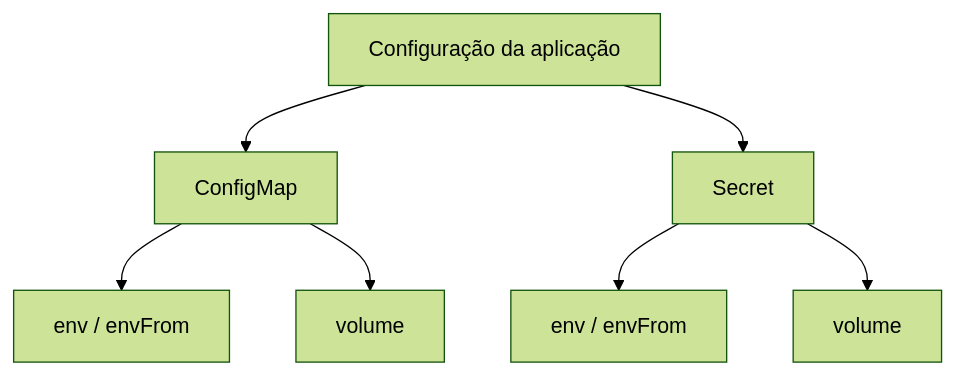
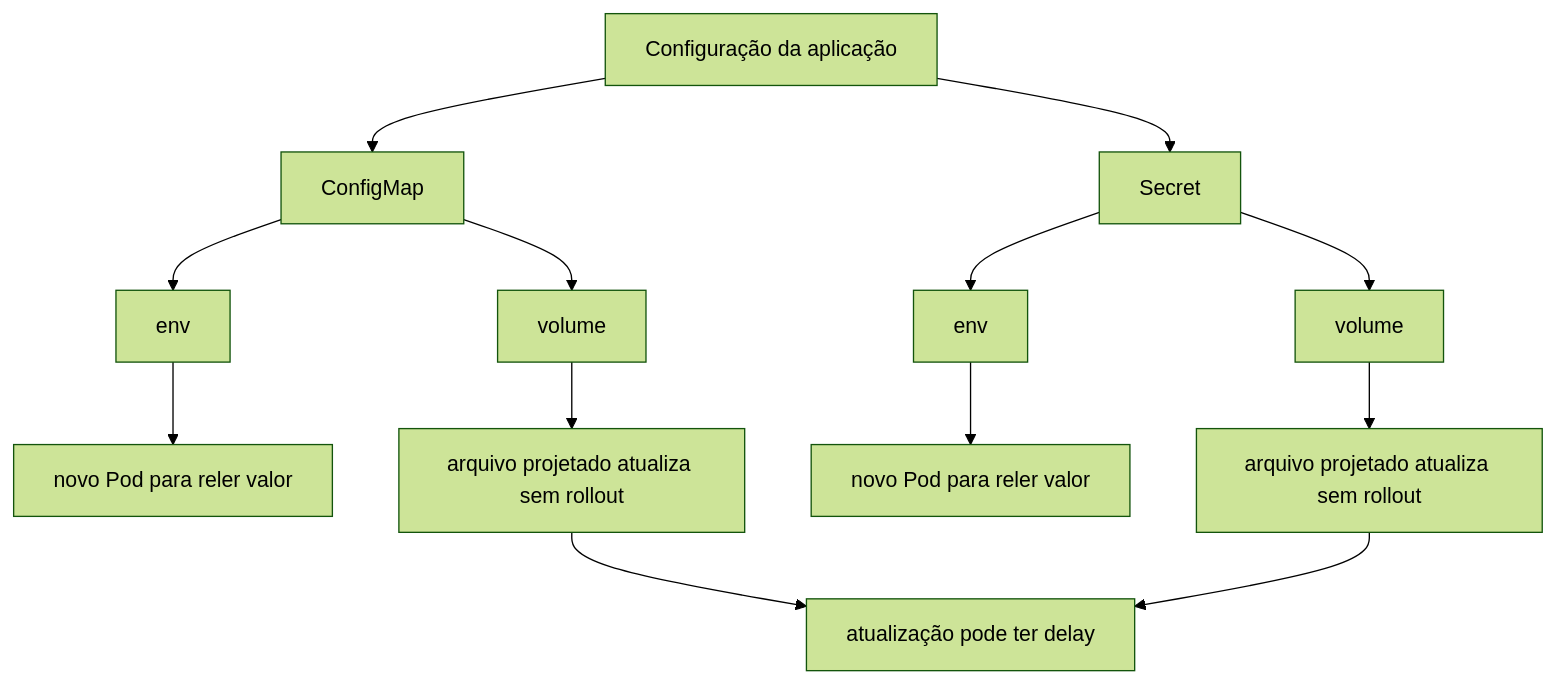
Diagram 11 of 12 in mindmap/README.md (fmonticelli/ex288-labs), drawn with Mermaid (forest theme) before and after one commit. The commit also changed other lines of this file, not shown here.

Commit message:
docs: map configmaps and secrets flows

````diff
--- a/mindmap/README.md
+++ b/mindmap/README.md
@@ -540,11 +559,19 @@
 ```mermaid
 flowchart TD
     CFG[Configuração da aplicação] --> CM[ConfigMap]
     CFG --> SEC[Secret]
 
-    CM --> ENV1[env / envFrom]
-    CM --> VOL1[volume]
+    CM --> CENV[env]
+    CM --> CVOL[volume]
+    SEC --> SENV[env]
+    SEC --> SVOL[volume]
 
-    SEC --> ENV2[env / envFrom]
-    SEC --> VOL2[volume]
+    CENV --> NEWPOD1[novo Pod para reler valor]
+    SENV --> NEWPOD2[novo Pod para reler valor]
+
+    CVOL --> UPDATE1[arquivo projetado atualiza sem rollout]
+    SVOL --> UPDATE2[arquivo projetado atualiza sem rollout]
+
+    UPDATE1 --> DELAY[atualização pode ter delay]
+    UPDATE2 --> DELAY
 ```
````
